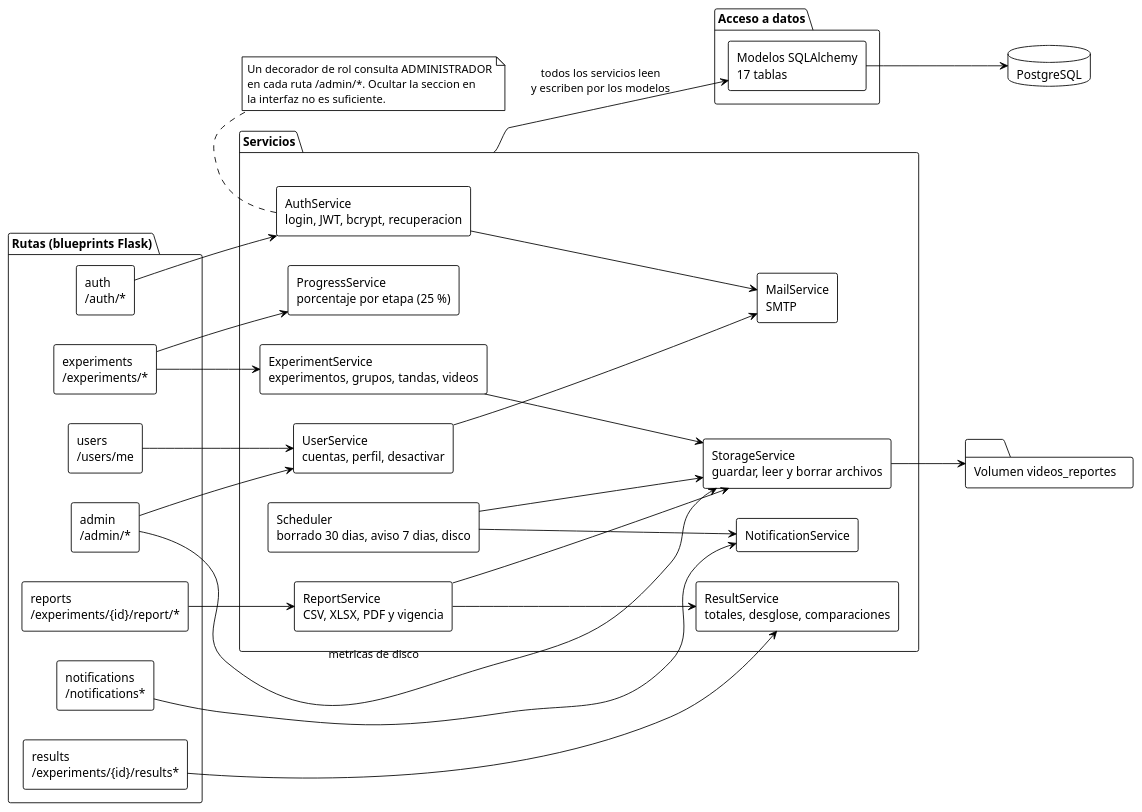
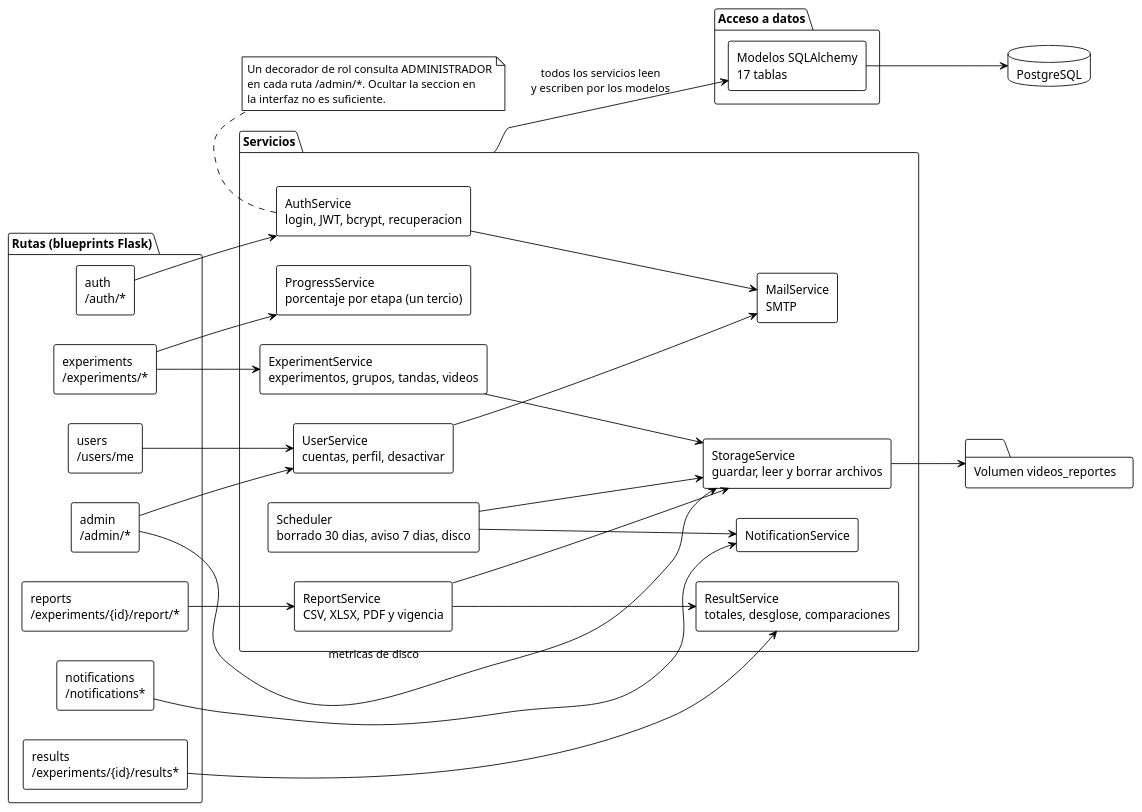
Before and after one commit to ErickJester/fst-ai-system-latex: diagram 11 of 38 in INSTRUCCIONES-WEB.md, drawn with PlantUML. The commit also changed other lines of this file and 33 other files, not shown here.

````diff
--- a/INSTRUCCIONES-WEB.md
+++ b/INSTRUCCIONES-WEB.md
@@ -1084,67 +1083,67 @@
 ```plantuml
 @startuml modulos_backend
 !theme plain
 skinparam defaultFontName Arial
 skinparam shadowing false
 skinparam componentStyle rectangle
 left to right direction
 
 package "Rutas (blueprints Flask)" {
   [auth\n/auth/*] as r_auth
   [users\n/users/me] as r_users
   [admin\n/admin/*] as r_admin
   [experiments\n/experiments/*] as r_exp
   [results\n/experiments/{id}/results*] as r_res
   [reports\n/experiments/{id}/report/*] as r_rep
   [notifications\n/notifications*] as r_not
 }
 
 package "Servicios" as SERV {
   [AuthService\nlogin, JWT, bcrypt, recuperacion] as s_auth
   [UserService\ncuentas, perfil, desactivar] as s_user
   [ExperimentService\nexperimentos, grupos, tandas, videos] as s_exp
   [StorageService\nguardar, leer y borrar archivos] as s_sto
-  [ProgressService\nporcentaje por etapa (25 %)] as s_prog
+  [ProgressService\nporcentaje por etapa (un tercio)] as s_prog
   [ResultService\ntotales, desglose, comparaciones] as s_res
   [ReportService\nCSV, XLSX, PDF y vigencia] as s_rep
   [NotificationService] as s_not
   [MailService\nSMTP] as s_mail
   [Scheduler\nborrado 30 dias, aviso 7 dias, disco] as s_sch
 }
 
 package "Acceso a datos" {
   [Modelos SQLAlchemy\n17 tablas] as m
 }
 
 database "PostgreSQL" as db
 folder "Volumen videos_reportes" as fs
 
 r_auth --> s_auth
 r_users --> s_user
 r_admin --> s_user
 r_admin --> s_sto : metricas de disco
 r_exp --> s_exp
 r_exp --> s_prog
 r_res --> s_res
 r_rep --> s_rep
 r_not --> s_not
 
 s_auth --> s_mail
 s_user --> s_mail
 s_exp --> s_sto
 s_rep --> s_res
 s_rep --> s_sto
 s_sch --> s_sto
 s_sch --> s_not
 
 SERV --> m : "todos los servicios leen\ny escriben por los modelos"
 m --> db
 s_sto --> fs
 
 note bottom of s_auth
   Un decorador de rol consulta ADMINISTRADOR
   en cada ruta /admin/*. Ocultar la seccion en
   la interfaz no es suficiente.
 end note
 @enduml
 ```
````
